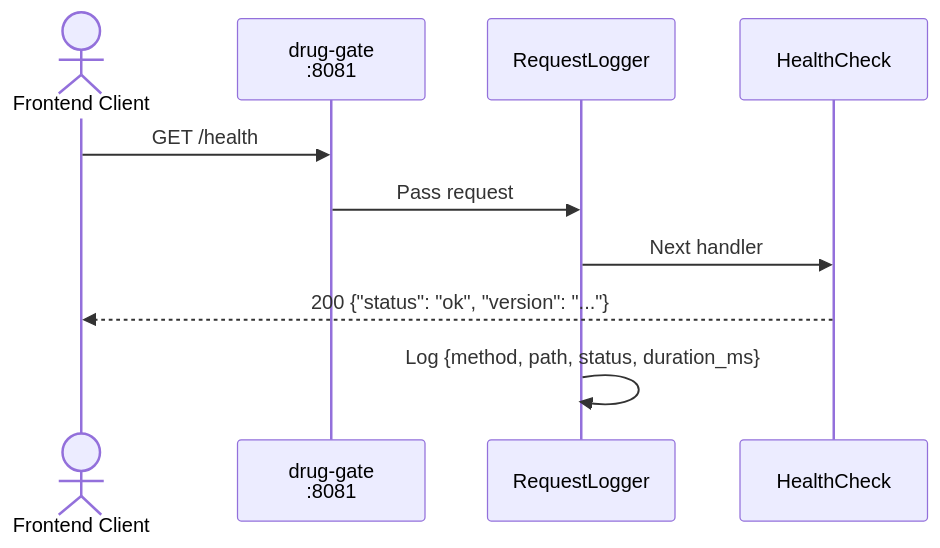
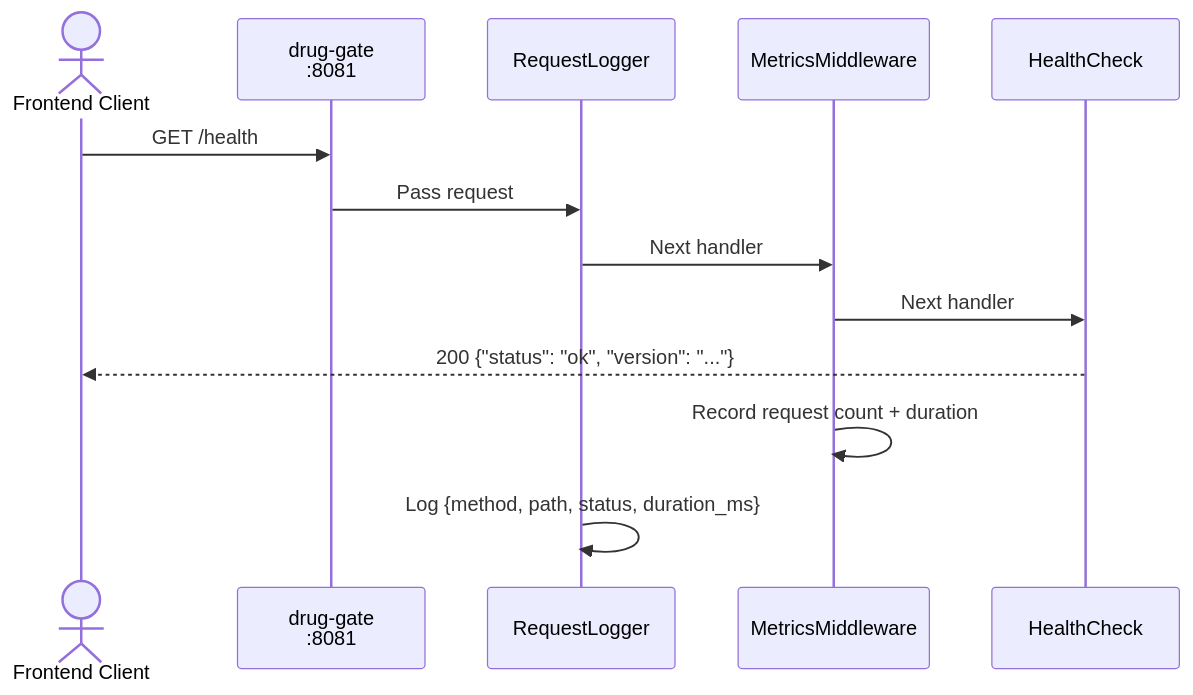
The first of 12 diagrams in docs/sequence-diagram.md (finish06/drug-gate), drawn with Mermaid before and after one commit. The commit also changed other lines of this file and 2 other files, not shown here.

First line of the commit message:
docs: update sequence diagrams, CLAUDE.md, and PRD for metrics

````diff
--- a/docs/sequence-diagram.md
+++ b/docs/sequence-diagram.md
@@ -23,13 +25,16 @@
 ```mermaid
 sequenceDiagram
     actor Client as Frontend Client
     participant GW as drug-gate<br/>:8081
     participant LOG as RequestLogger
+    participant MET as MetricsMiddleware
     participant HC as HealthCheck
 
     Client->>GW: GET /health
     GW->>LOG: Pass request
-    LOG->>HC: Next handler
+    LOG->>MET: Next handler
+    MET->>HC: Next handler
     HC-->>Client: 200 {"status": "ok", "version": "..."}
+    MET->>MET: Record request count + duration
     LOG->>LOG: Log {method, path, status, duration_ms}
 ```
````
